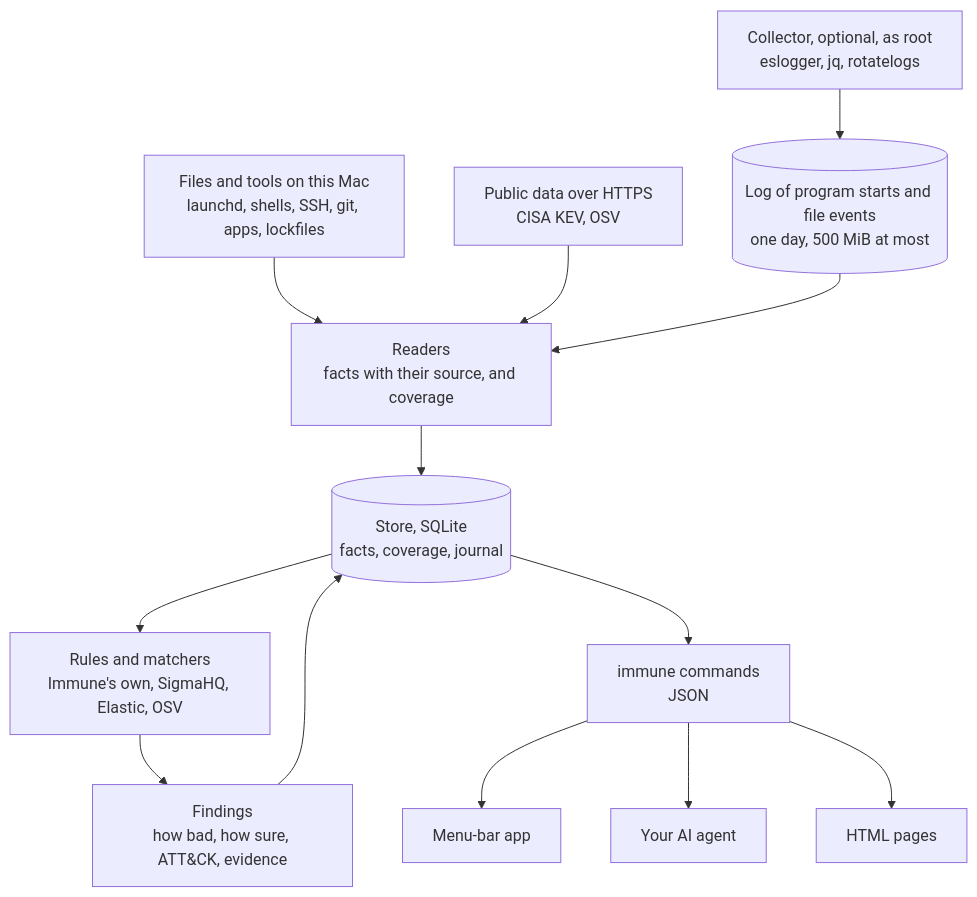
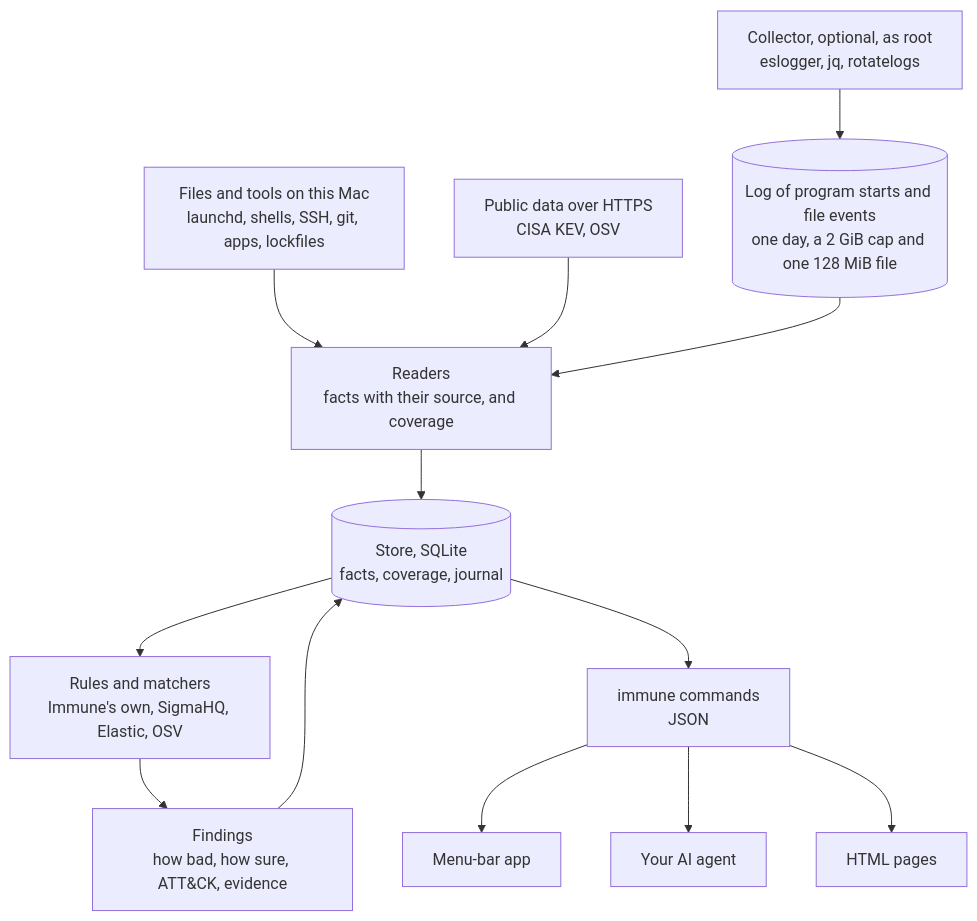
Before and after one commit to nuanu-ai/immune: the diagram in README.md, drawn with Mermaid. The commit also changed other lines of this file and 27 other files, not shown here.

First line of the commit message:
feat: the collector keeps who each process is, and the log's cap is real and set at install (#18)

````diff
--- a/README.md
+++ b/README.md
@@ -106,15 +108,15 @@
 ```mermaid
 flowchart TD
-    collector["Collector, optional, as root<br/>eslogger, jq, rotatelogs"] --> log[("Log of program starts and file events<br/>one day, 500 MiB at most")]
+    collector["Collector, optional, as root<br/>eslogger, jq, rotatelogs"] --> log[("Log of program starts and file events<br/>one day, a 2 GiB cap and one 128 MiB file")]
     mac["Files and tools on this Mac<br/>launchd, shells, SSH, git, apps, lockfiles"] --> readers
     feeds["Public data over HTTPS<br/>CISA KEV, OSV"] --> readers
     log --> readers["Readers<br/>facts with their source, and coverage"]
     readers --> store[("Store, SQLite<br/>facts, coverage, journal")]
     store --> rules["Rules and matchers<br/>Immune's own, SigmaHQ, Elastic, OSV"]
     rules --> findings["Findings<br/>how bad, how sure, ATT&CK, evidence"]
     findings --> store
     store --> commands["immune commands<br/>JSON"]
     commands --> app["Menu-bar app"]
     commands --> agent["Your AI agent"]
     commands --> page["HTML pages"]
 ```
````
